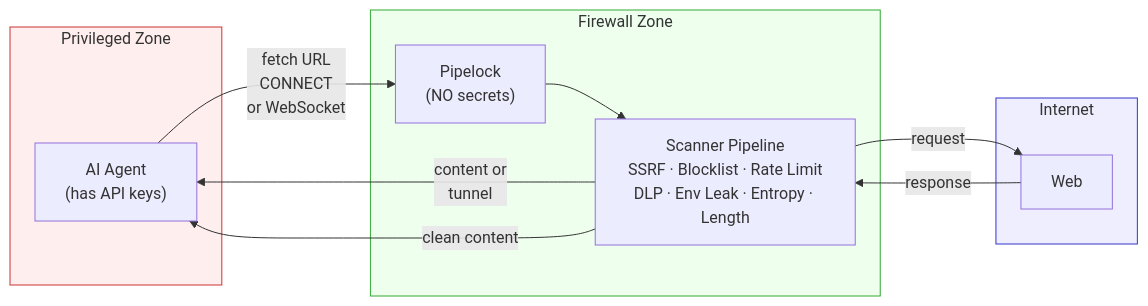
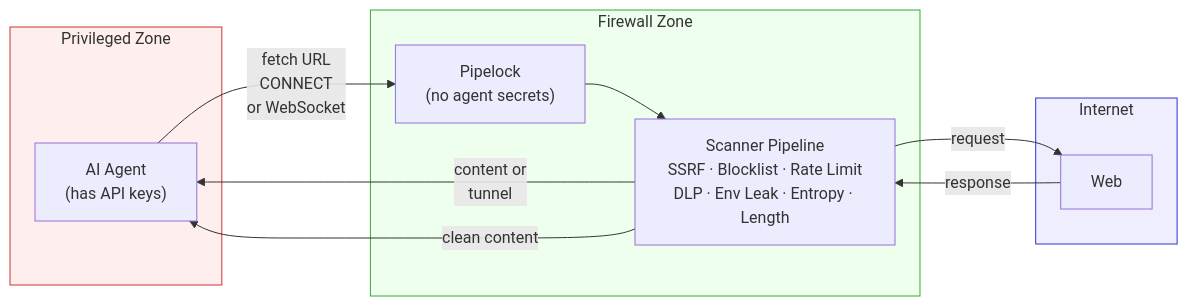
One commit to bhardwajRahul/pipelock changed the diagram in README.md. Above: the diagram before and after it, drawn with Mermaid. The commit also changed other lines of this file and 13 other files, not shown here.

````diff
--- a/README.md
+++ b/README.md
@@ -120,24 +120,24 @@
 ```mermaid
 flowchart LR
     subgraph PRIVILEGED["Privileged Zone"]
         Agent["AI Agent\n(has API keys)"]
     end
     subgraph FETCH["Firewall Zone"]
-        Proxy["Pipelock\n(NO secrets)"]
+        Proxy["Pipelock\n(no agent secrets)"]
         Scanner["Scanner Pipeline\nSSRF · Blocklist · Rate Limit\nDLP · Env Leak · Entropy · Length"]
     end
     subgraph NET["Internet"]
         Web["Web"]
     end
 
     Agent -- "fetch URL\nCONNECT\nor WebSocket" --> Proxy
     Proxy --> Scanner
     Scanner -- "content or\ntunnel" --> Agent
     Scanner -- "request" --> Web
     Web -- "response" --> Scanner
     Scanner -- "clean content" --> Agent
 
     style PRIVILEGED fill:#fee,stroke:#c33
     style FETCH fill:#efe,stroke:#3a3
     style NET fill:#eef,stroke:#33c
 ```
````
